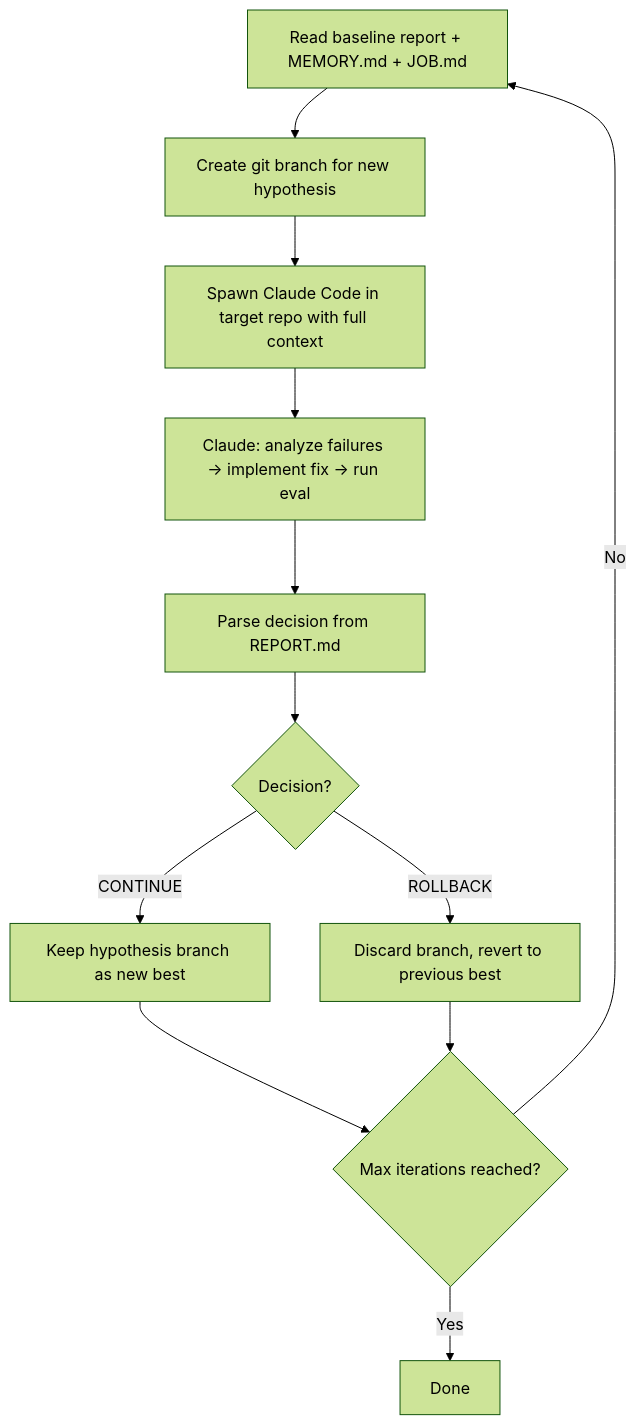
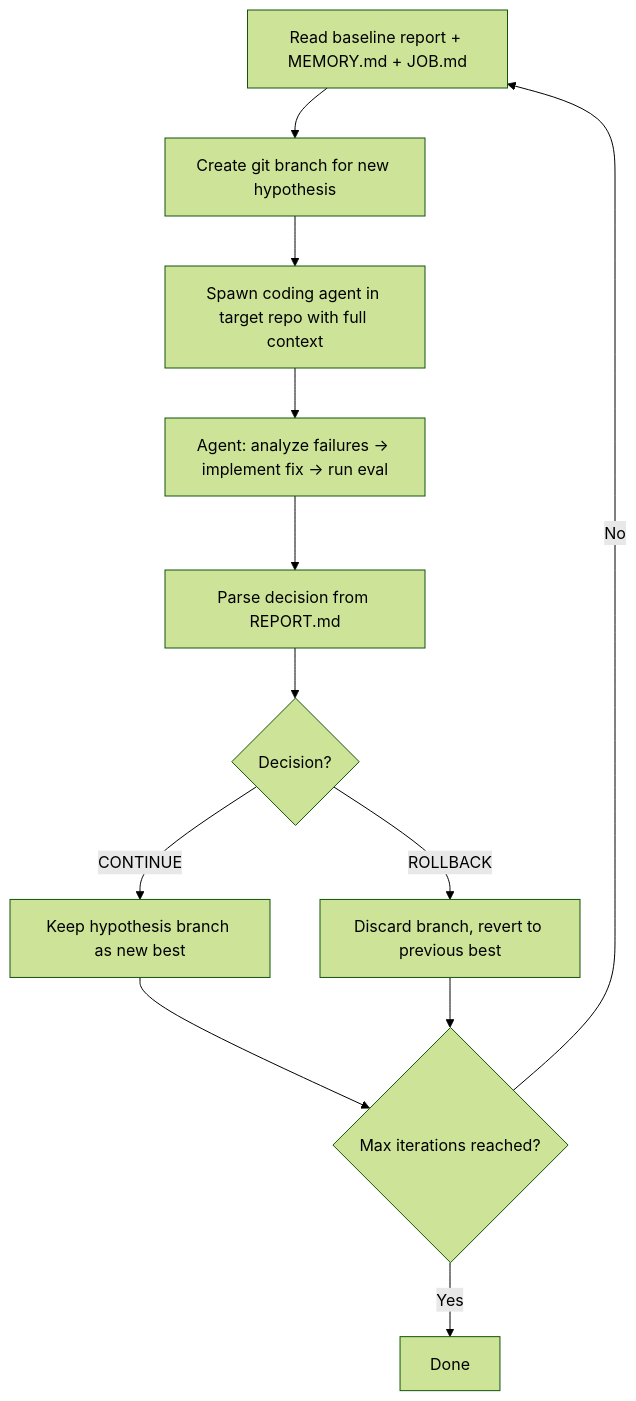
Before and after one commit to alfonsograziano/auto-agent: the diagram in README.md, drawn with Mermaid (forest theme). The commit also changed other lines of this file and 22 other files, not shown here.

````diff
--- a/README.md
+++ b/README.md
@@ -23,14 +23,14 @@
 ```mermaid
 flowchart TD
     A[Read baseline report + MEMORY.md + JOB.md] --> B[Create git branch for new hypothesis]
-    B --> C[Spawn Claude Code in target repo with full context]
-    C --> D[Claude: analyze failures → implement fix → run eval]
+    B --> C[Spawn coding agent in target repo with full context]
+    C --> D[Agent: analyze failures → implement fix → run eval]
     D --> E[Parse decision from REPORT.md]
     E --> F{Decision?}
     F -->|CONTINUE| G[Keep hypothesis branch as new best]
     F -->|ROLLBACK| H[Discard branch, revert to previous best]
     G --> I{Max iterations reached?}
     H --> I
     I -->|No| A
     I -->|Yes| J[Done]
 ```
````
